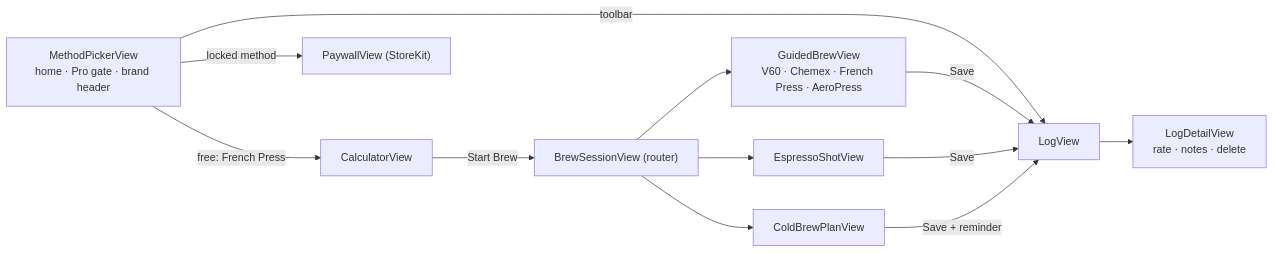
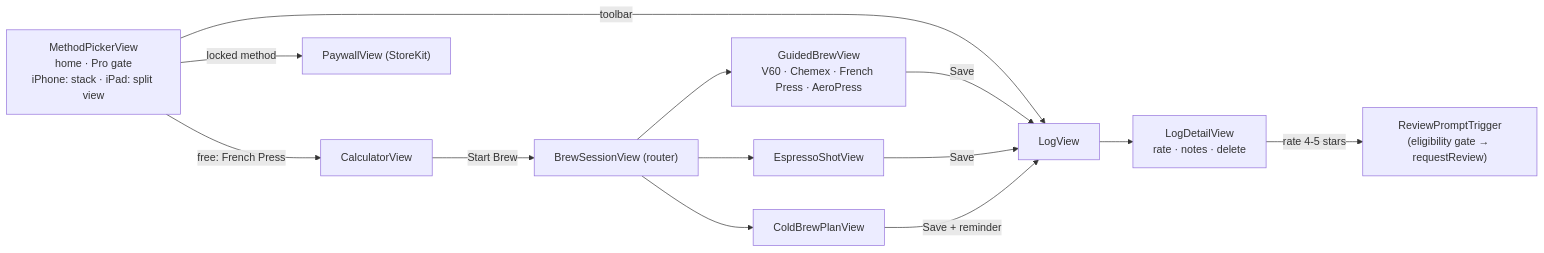
Before and after one commit to JayReece313/coffeegrams: the second of 3 diagrams in ARCHITECTURE.md, drawn with Mermaid. The commit also changed other lines of this file, not shown here.

First line of the commit message:
Update ARCHITECTURE.md for 1.1 + 1.2 — it hadn't been touched since 1.0

````diff
--- a/ARCHITECTURE.md
+++ b/ARCHITECTURE.md
@@ -119,15 +140,16 @@
 ```mermaid
 graph LR
-    Home["MethodPickerView<br/>home · Pro gate · brand header"]
+    Home["MethodPickerView<br/>home · Pro gate<br/>iPhone: stack · iPad: split view"]
     Home -->|free: French Press| Calc["CalculatorView"]
     Home -->|locked method| Paywall["PaywallView (StoreKit)"]
     Home -->|toolbar| Log["LogView"]
     Calc -->|Start Brew| Router["BrewSessionView (router)"]
     Router --> Guided["GuidedBrewView<br/>V60 · Chemex · French Press · AeroPress"]
     Router --> Esp["EspressoShotView"]
     Router --> Cold["ColdBrewPlanView"]
     Guided -->|Save| Log
     Esp -->|Save| Log
     Cold -->|Save + reminder| Log
     Log --> Detail["LogDetailView<br/>rate · notes · delete"]
+    Detail -->|rate 4-5 stars| Trigger["ReviewPromptTrigger<br/>(eligibility gate → requestReview)"]
 ```
````
